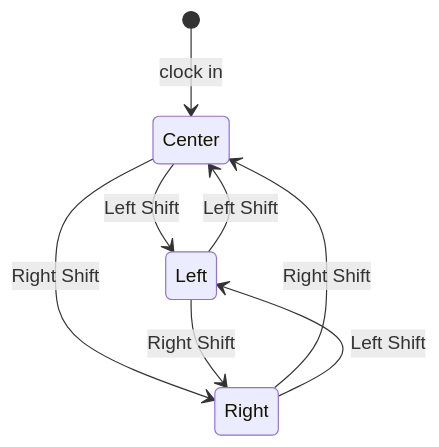
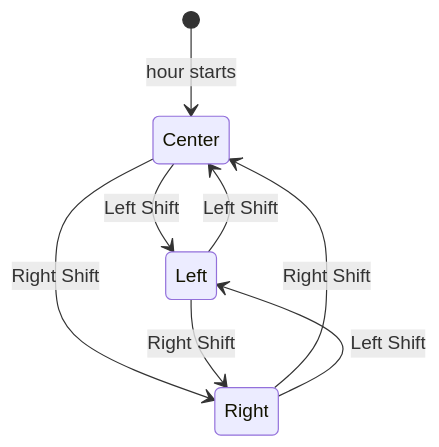
One commit to NiloyBhattacharjee/cluck-shift changed the second of 8 diagrams in docs/design.md. Above: the diagram before and after it, drawn with Mermaid. The commit also changed other lines of this file and 16 other files, not shown here.

````diff
--- a/docs/design.md
+++ b/docs/design.md
@@ -126,10 +132,10 @@
 ```mermaid
 stateDiagram-v2
-    [*] --> Center: clock in
+    [*] --> Center: hour starts
     Center --> Left: Left Shift
     Left --> Center: Left Shift
     Center --> Right: Right Shift
     Right --> Center: Right Shift
     Left --> Right: Right Shift
     Right --> Left: Left Shift
 ```
````
